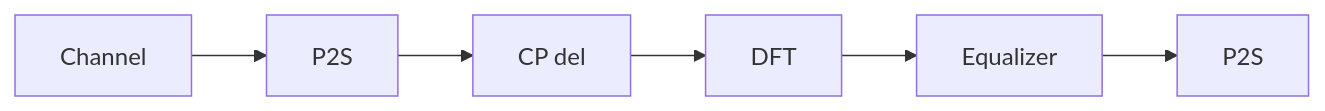
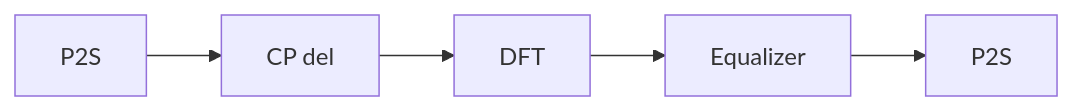
Before and after one commit to vincentchoqueuse/comnumpy: the fourth of 4 diagrams in docs/examples/ofdm.rst, drawn with Mermaid. The commit also changed other lines of this file and 23 other files, not shown here.

```diff
--- a/docs/examples/ofdm.rst
+++ b/docs/examples/ofdm.rst
@@ -162,8 +148,7 @@
 .. mermaid::
 
    graph LR;
-      A[Channel] --> B[P2S];
-      B --> C[CP del];
-      C --> D[DFT];
-      D --> E[Equalizer];
-      E --> F[P2S];
+      A[P2S] --> B[CP del];
+      B --> C[DFT];
+      C --> D[Equalizer];
+      D --> E[P2S];
```
